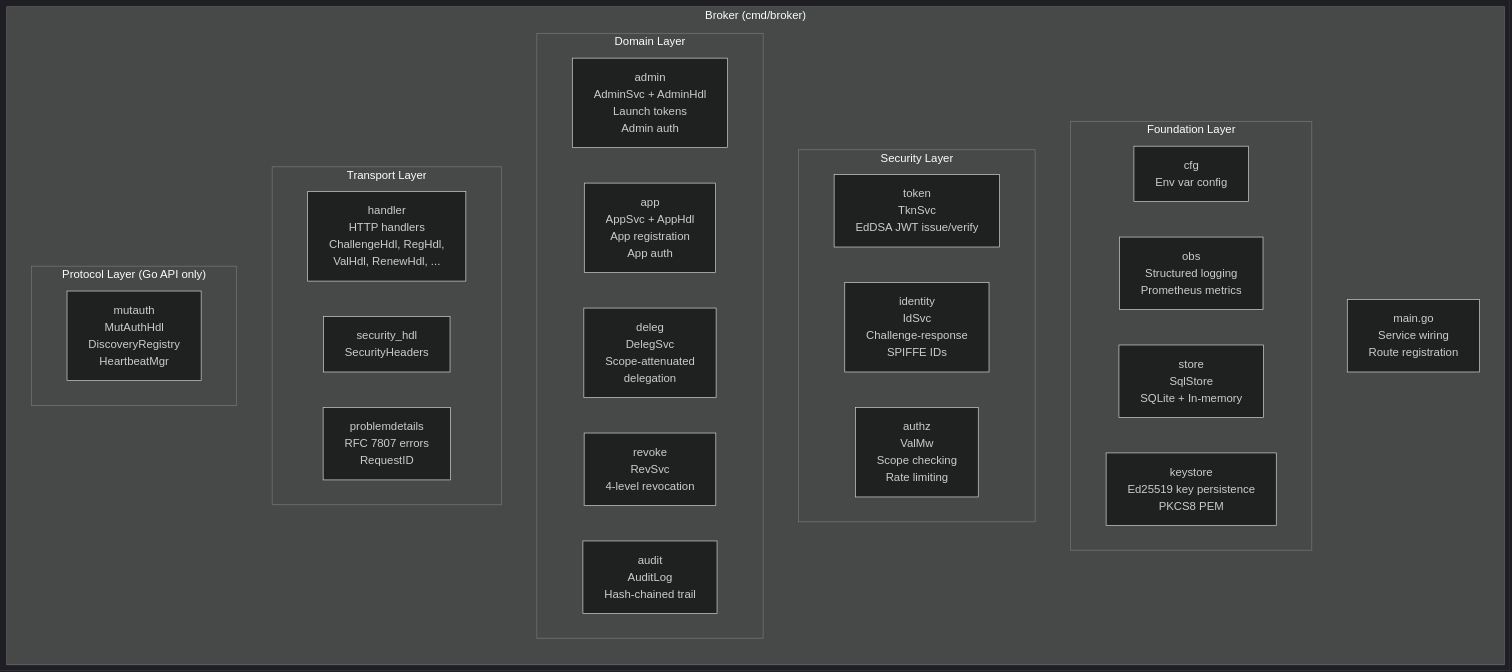
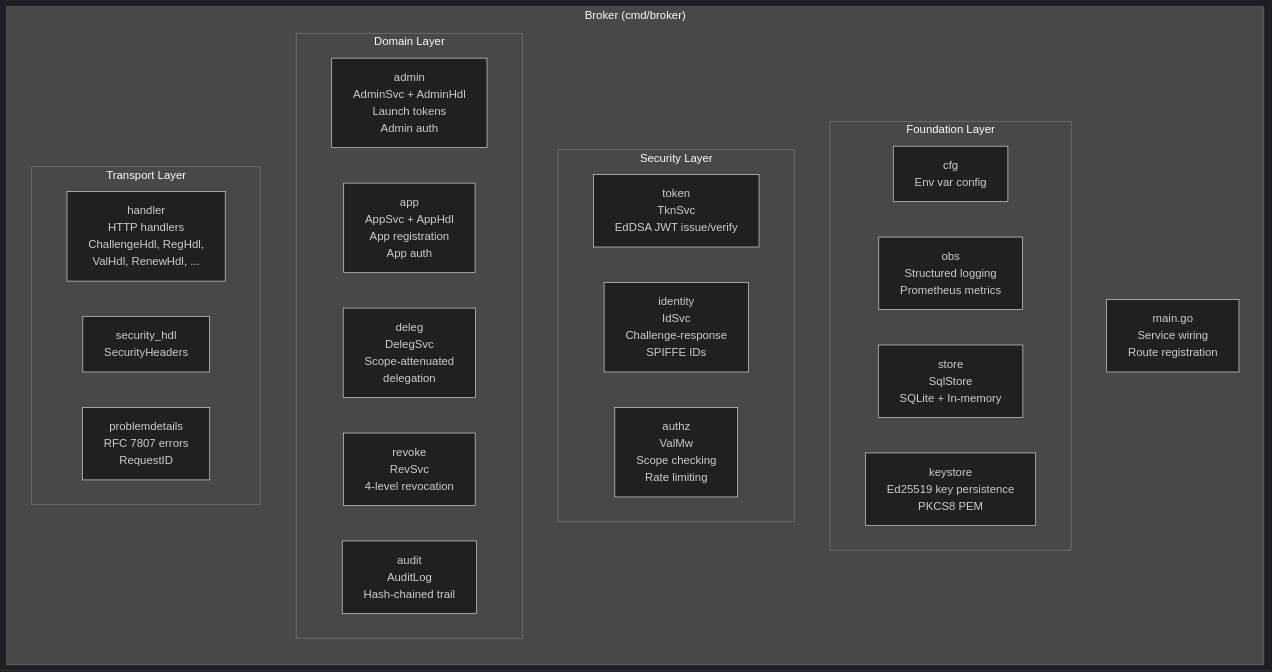
One commit to devonartis/agentwrit changed the first of 4 diagrams in docs/architecture.md. Above: the diagram before and after it, drawn with Mermaid (dark theme). The commit also changed other lines of this file, not shown here.

Commit message:
wip: architecture doc diagram cleanup (in progress)

````diff
--- a/docs/architecture.md
+++ b/docs/architecture.md
@@ -54,39 +29,36 @@
 ```mermaid
 flowchart TB
     subgraph Broker["Broker (cmd/broker)"]
         direction TB
         MAIN_B["main.go\nService wiring\nRoute registration"]
 
         subgraph Foundation["Foundation Layer"]
             CFG["cfg\nEnv var config"]
             OBS["obs\nStructured logging\nPrometheus metrics"]
             STORE["store\nSqlStore\nSQLite + In-memory"]
             KEYSTORE["keystore\nEd25519 key persistence\nPKCS8 PEM"]
         end
 
         subgraph Security["Security Layer"]
             TOKEN["token\nTknSvc\nEdDSA JWT issue/verify"]
             IDENTITY["identity\nIdSvc\nChallenge-response\nSPIFFE IDs"]
             AUTHZ["authz\nValMw\nScope checking\nRate limiting"]
         end
 
         subgraph Domain["Domain Layer"]
             ADMIN_PKG["admin\nAdminSvc + AdminHdl\nLaunch tokens\nAdmin auth"]
             APP_PKG["app\nAppSvc + AppHdl\nApp registration\nApp auth"]
             DELEG["deleg\nDelegSvc\nScope-attenuated\ndelegation"]
             REVOKE["revoke\nRevSvc\n4-level revocation"]
             AUDIT["audit\nAuditLog\nHash-chained trail"]
         end
 
         subgraph Transport["Transport Layer"]
             HANDLER["handler\nHTTP handlers\nChallengeHdl, RegHdl,\nValHdl, RenewHdl, ..."]
             SECHDL["security_hdl\nSecurityHeaders"]
             PD["problemdetails\nRFC 7807 errors\nRequestID"]
         end
 
-        subgraph Protocol["Protocol Layer (Go API only)"]
-            MUTAUTH["mutauth\nMutAuthHdl\nDiscoveryRegistry\nHeartbeatMgr"]
-        end
     end
 
 ```
````
